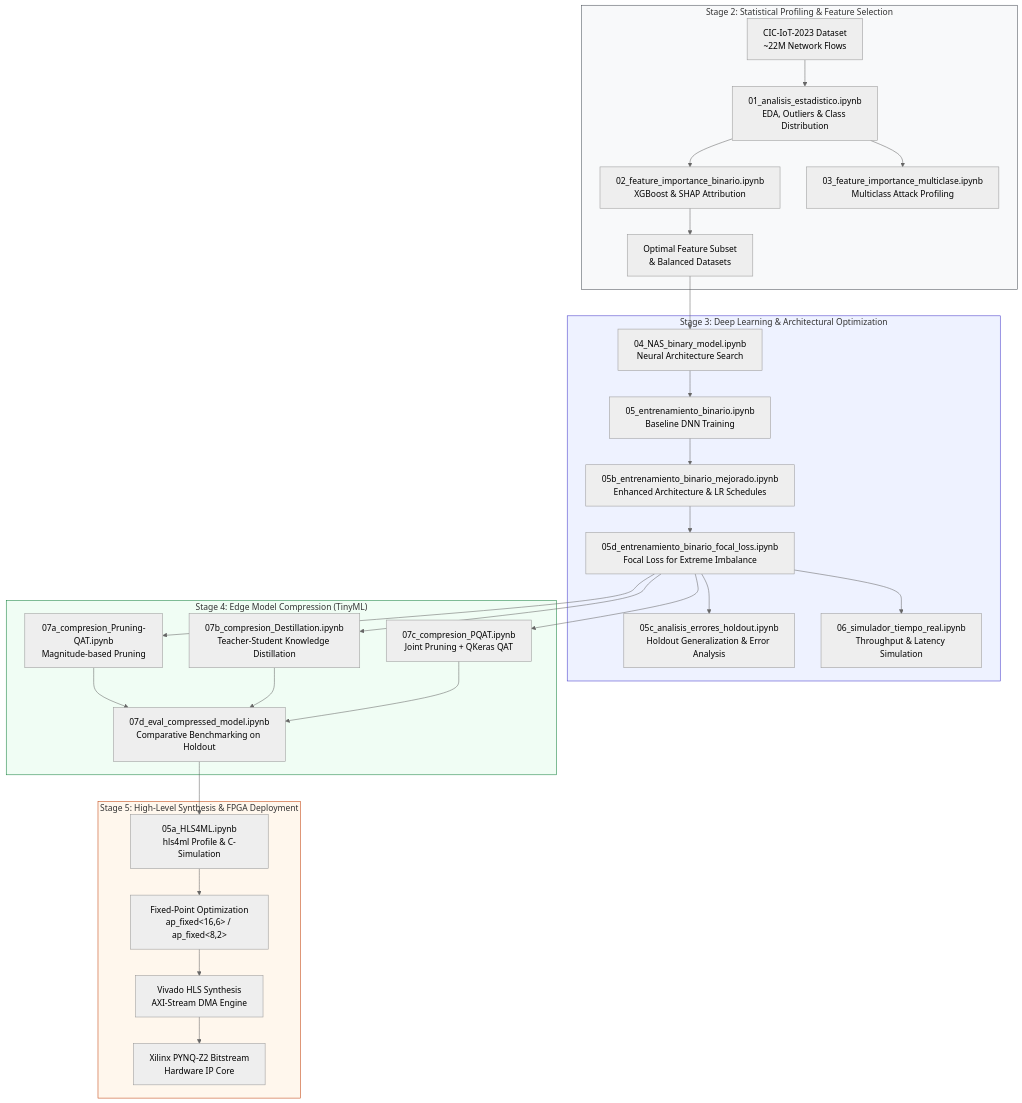
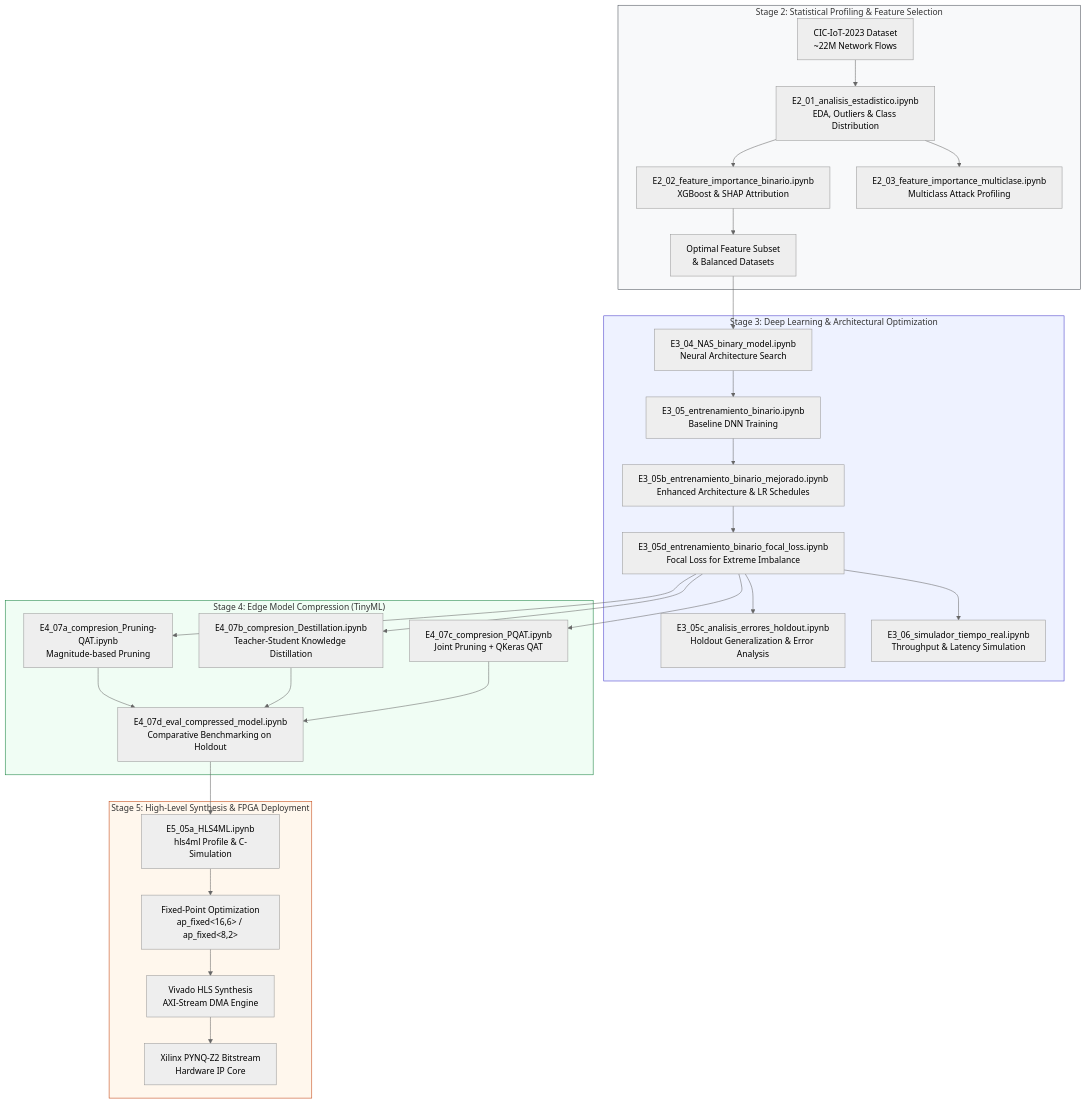
Before and after one commit to JulianAlvarez99/IDS-IOT: the diagram in README.md, drawn with Mermaid (neutral theme). The commit also changed other lines of this file and 33 other files, not shown here.

````diff
--- a/README.md
+++ b/README.md
@@ -28,37 +28,37 @@
 ```mermaid
 flowchart TD
     subgraph DataPrep ["Stage 2: Statistical Profiling & Feature Selection"]
-        D1[CIC-IoT-2023 Dataset<br/>~22M Network Flows] --> D2[01_analisis_estadistico.ipynb<br/>EDA, Outliers & Class Distribution]
-        D2 --> D3[02_feature_importance_binario.ipynb<br/>XGBoost & SHAP Attribution]
-        D2 --> D4[03_feature_importance_multiclase.ipynb<br/>Multiclass Attack Profiling]
+        D1[CIC-IoT-2023 Dataset<br/>~22M Network Flows] --> D2[E2_01_analisis_estadistico.ipynb<br/>EDA, Outliers & Class Distribution]
+        D2 --> D3[E2_02_feature_importance_binario.ipynb<br/>XGBoost & SHAP Attribution]
+        D2 --> D4[E2_03_feature_importance_multiclase.ipynb<br/>Multiclass Attack Profiling]
         D3 --> FS[Optimal Feature Subset<br/>& Balanced Datasets]
     end
 
     subgraph DeepLearning ["Stage 3: Deep Learning & Architectural Optimization"]
-        FS --> M1[04_NAS_binary_model.ipynb<br/>Neural Architecture Search]
-        M1 --> M2[05_entrenamiento_binario.ipynb<br/>Baseline DNN Training]
-        M2 --> M3[05b_entrenamiento_binario_mejorado.ipynb<br/>Enhanced Architecture & LR Schedules]
-        M3 --> M4[05d_entrenamiento_binario_focal_loss.ipynb<br/>Focal Loss for Extreme Imbalance]
-        M4 --> M5[05c_analisis_errores_holdout.ipynb<br/>Holdout Generalization & Error Analysis]
-        M4 --> M6[06_simulador_tiempo_real.ipynb<br/>Throughput & Latency Simulation]
+        FS --> M1[E3_04_NAS_binary_model.ipynb<br/>Neural Architecture Search]
+        M1 --> M2[E3_05_entrenamiento_binario.ipynb<br/>Baseline DNN Training]
+        M2 --> M3[E3_05b_entrenamiento_binario_mejorado.ipynb<br/>Enhanced Architecture & LR Schedules]
+        M3 --> M4[E3_05d_entrenamiento_binario_focal_loss.ipynb<br/>Focal Loss for Extreme Imbalance]
+        M4 --> M5[E3_05c_analisis_errores_holdout.ipynb<br/>Holdout Generalization & Error Analysis]
+        M4 --> M6[E3_06_simulador_tiempo_real.ipynb<br/>Throughput & Latency Simulation]
     end
 
     subgraph Compression ["Stage 4: Edge Model Compression (TinyML)"]
-        M4 --> C1[07a_compresion_Pruning-QAT.ipynb<br/>Magnitude-based Pruning]
-        M4 --> C2[07b_compresion_Destillation.ipynb<br/>Teacher-Student Knowledge Distillation]
-        M4 --> C3[07c_compresion_PQAT.ipynb<br/>Joint Pruning + QKeras QAT]
-        C1 & C2 & C3 --> C4[07d_eval_compressed_model.ipynb<br/>Comparative Benchmarking on Holdout]
+        M4 --> C1[E4_07a_compresion_Pruning-QAT.ipynb<br/>Magnitude-based Pruning]
+        M4 --> C2[E4_07b_compresion_Destillation.ipynb<br/>Teacher-Student Knowledge Distillation]
+        M4 --> C3[E4_07c_compresion_PQAT.ipynb<br/>Joint Pruning + QKeras QAT]
+        C1 & C2 & C3 --> C4[E4_07d_eval_compressed_model.ipynb<br/>Comparative Benchmarking on Holdout]
     end
 
     subgraph HardwareHLS ["Stage 5: High-Level Synthesis & FPGA Deployment"]
-        C4 --> H1[05a_HLS4ML.ipynb<br/>hls4ml Profile & C-Simulation]
+        C4 --> H1[E5_05a_HLS4ML.ipynb<br/>hls4ml Profile & C-Simulation]
         H1 --> H2[Fixed-Point Optimization<br/>ap_fixed<16,6> / ap_fixed<8,2>]
         H2 --> H3[Vivado HLS Synthesis<br/>AXI-Stream DMA Engine]
         H3 --> H4[Xilinx PYNQ-Z2 Bitstream<br/>Hardware IP Core]
     end
 
     style DataPrep fill:#f8f9fa,stroke:#495057,stroke-width:1px
     style DeepLearning fill:#eef2ff,stroke:#4338ca,stroke-width:1px
     style Compression fill:#f0fdf4,stroke:#15803d,stroke-width:1px
     style HardwareHLS fill:#fff7ed,stroke:#c2410c,stroke-width:1px
 ```
````
